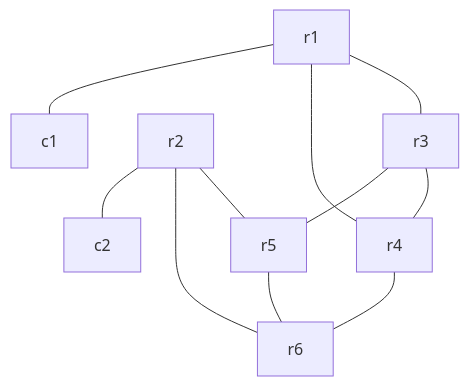
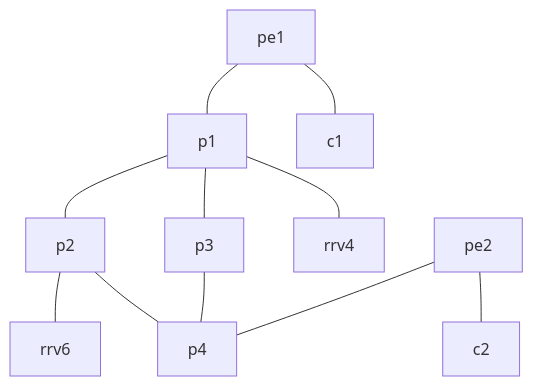
The diagram in README.md (dbono711/clab-frr-srv6), drawn with Mermaid before and after one commit. The commit also changed other lines of this file and 16 other files, not shown here.

````diff
--- a/README.md
+++ b/README.md
@@ -16,13 +16,13 @@
 ```mermaid
 graph TD
-  r1---r3
-  r1---r4
-  r2---r5
-  r2---r6
-  r3---r4
-  r3---r5
-  r4---r6
-  r5---r6
-  r1---c1
-  r2---c2
+  pe1---p1
+  p1---p2
+  p1---p3
+  p1---rrv4
+  p2---p4
+  p3---p4
+  p2---rrv6
+  pe2---p4
+  pe1---c1
+  pe2---c2
 ```
````
